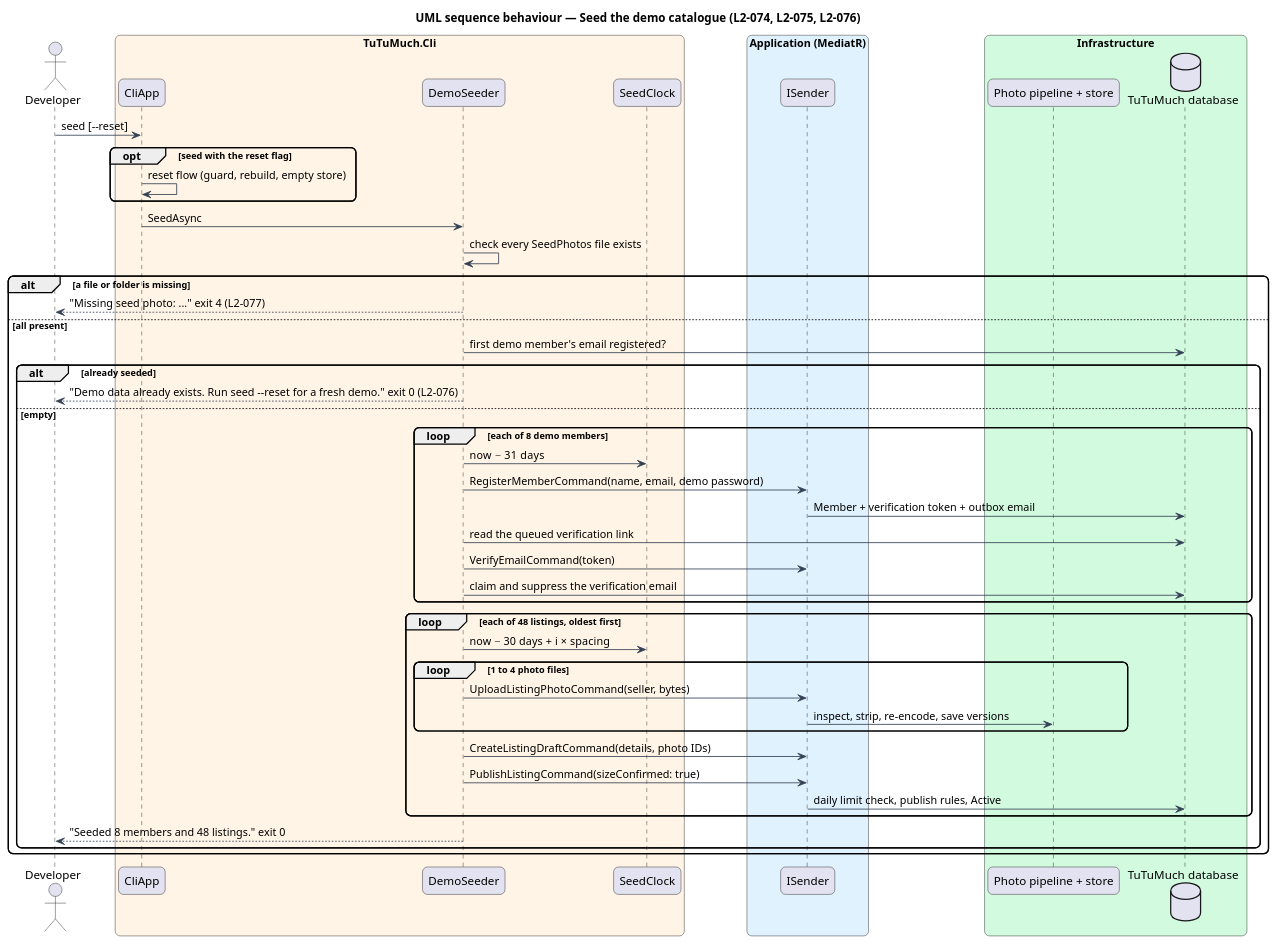
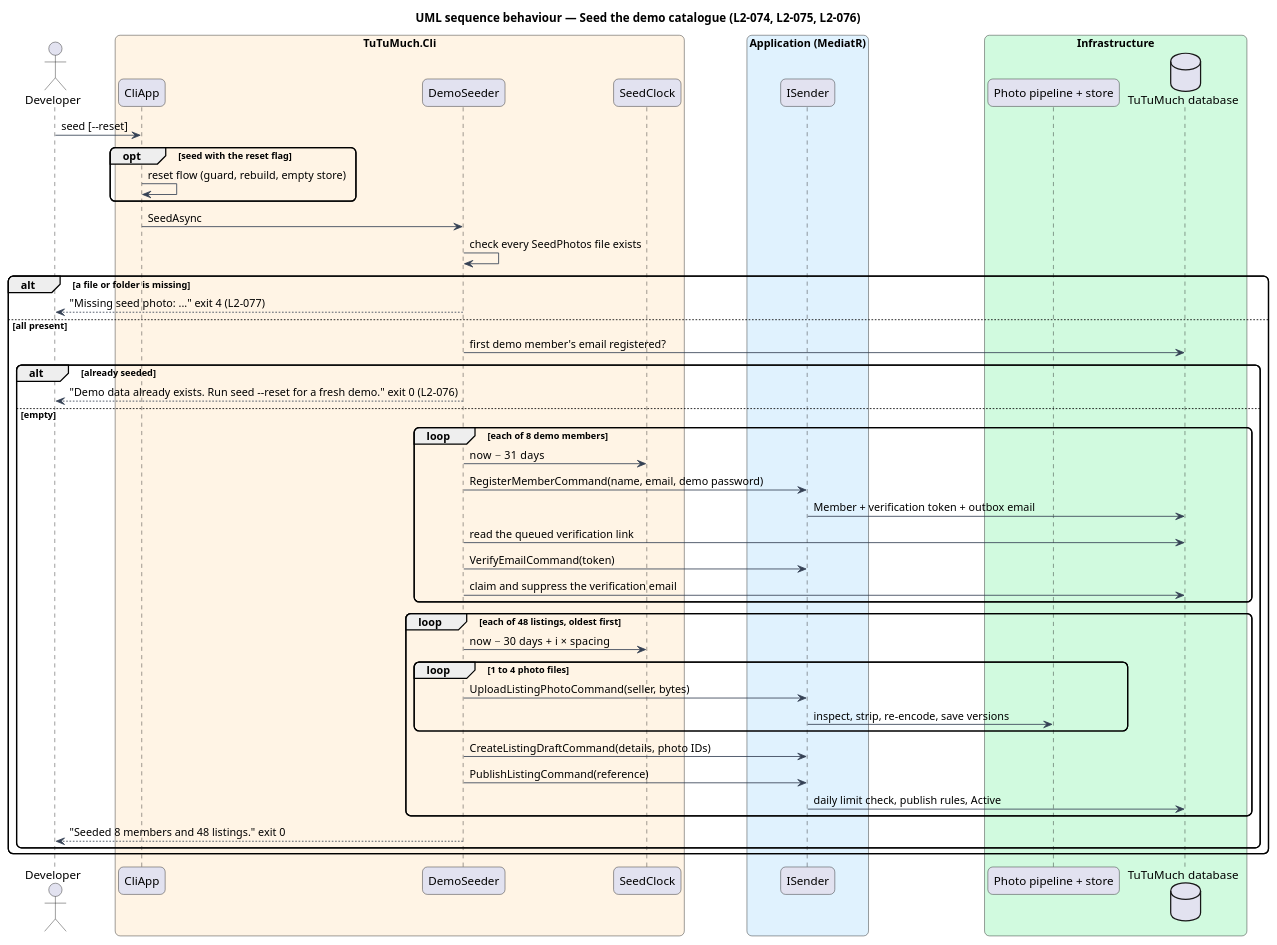
Before and after one commit to QuinntyneBrown/tutumuch: the diagram in docs/detailed-designs/platform/seed-demo-data/diagrams/sequence-seed.puml, drawn with PlantUML. The commit also changed 123 other files, not shown here.

```diff
--- a/docs/detailed-designs/platform/seed-demo-data/diagrams/sequence-seed.puml
+++ b/docs/detailed-designs/platform/seed-demo-data/diagrams/sequence-seed.puml
@@ -1,55 +1,55 @@
 @startuml
 title UML sequence behaviour — Seed the demo catalogue (L2-074, L2-075, L2-076)
 skinparam backgroundColor #FFFFFF
 skinparam shadowing false
 skinparam roundcorner 12
 skinparam defaultFontName Arial
 skinparam ArrowColor #344054
 actor "Developer" as dev
 box "TuTuMuch.Cli" #FFF4E5
   participant "CliApp" as cli
   participant "DemoSeeder" as seeder
   participant "SeedClock" as clock
 end box
 box "Application (MediatR)" #E0F2FE
   participant "ISender" as mediator
 end box
 box "Infrastructure" #D1FADF
   participant "Photo pipeline + store" as photos
   database "TuTuMuch database" as sql
 end box
 dev -> cli : seed [--reset]
 opt seed with the reset flag
   cli -> cli : reset flow (guard, rebuild, empty store)
 end
 cli -> seeder : SeedAsync
 seeder -> seeder : check every SeedPhotos file exists
 alt a file or folder is missing
   seeder --> dev : "Missing seed photo: ..." exit 4 (L2-077)
 else all present
   seeder -> sql : first demo member's email registered?
   alt already seeded
     seeder --> dev : "Demo data already exists. Run seed --reset for a fresh demo." exit 0 (L2-076)
   else empty
     loop each of 8 demo members
       seeder -> clock : now − 31 days
       seeder -> mediator : RegisterMemberCommand(name, email, demo password)
       mediator -> sql : Member + verification token + outbox email
       seeder -> sql : read the queued verification link
       seeder -> mediator : VerifyEmailCommand(token)
       seeder -> sql : claim and suppress the verification email
     end
     loop each of 48 listings, oldest first
       seeder -> clock : now − 30 days + i × spacing
       loop 1 to 4 photo files
         seeder -> mediator : UploadListingPhotoCommand(seller, bytes)
         mediator -> photos : inspect, strip, re-encode, save versions
       end
       seeder -> mediator : CreateListingDraftCommand(details, photo IDs)
-      seeder -> mediator : PublishListingCommand(sizeConfirmed: true)
+      seeder -> mediator : PublishListingCommand(reference)
       mediator -> sql : daily limit check, publish rules, Active
     end
     seeder --> dev : "Seeded 8 members and 48 listings." exit 0
   end
 end
 @enduml
```
